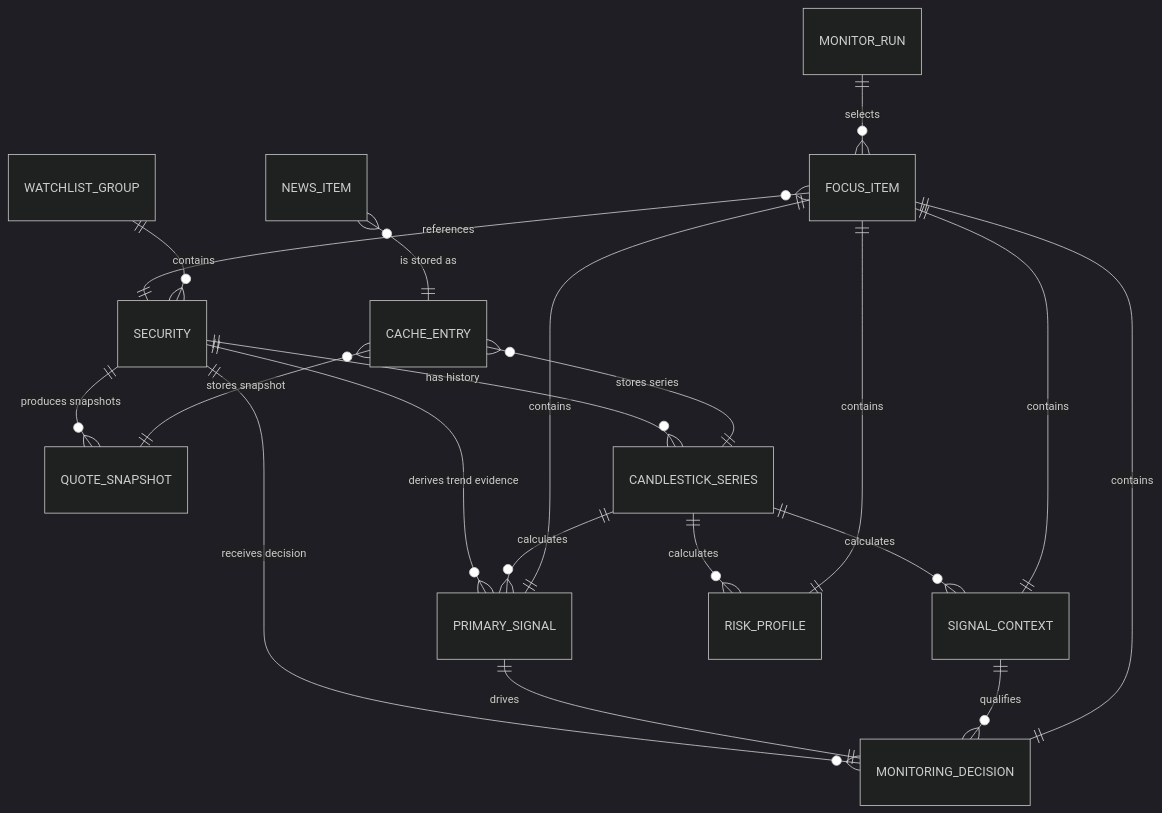
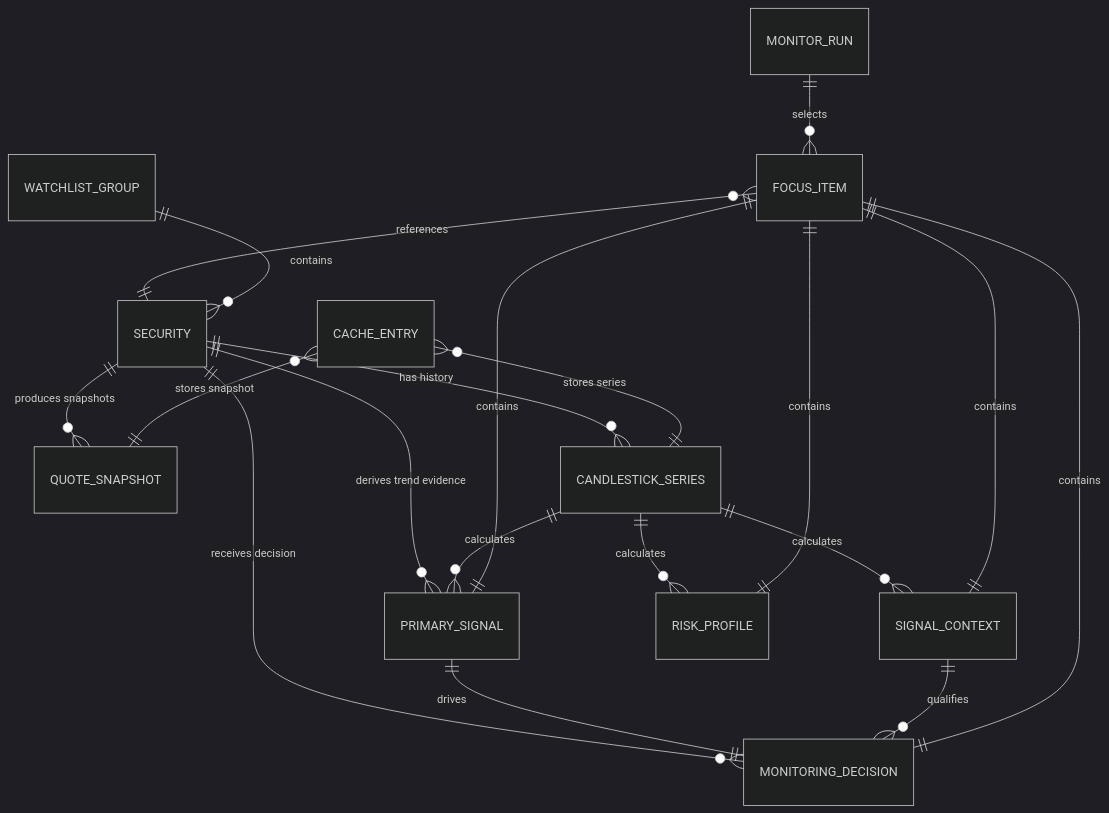
Before and after one commit to zhuxining/stk-cli: the diagram in docs/design/architecture.md, drawn with Mermaid (dark theme). The commit also changed other lines of this file and 11 other files, not shown here.

````diff
--- a/docs/design/architecture.md
+++ b/docs/design/architecture.md
@@ -122,22 +121,21 @@
 ```mermaid
 erDiagram
     SECURITY ||--o{ QUOTE_SNAPSHOT : "produces snapshots"
     SECURITY ||--o{ CANDLESTICK_SERIES : "has history"
     SECURITY ||--o{ PRIMARY_SIGNAL : "derives trend evidence"
     SECURITY ||--o{ MONITORING_DECISION : "receives decision"
     CANDLESTICK_SERIES ||--o{ PRIMARY_SIGNAL : "calculates"
     CANDLESTICK_SERIES ||--o{ SIGNAL_CONTEXT : "calculates"
     CANDLESTICK_SERIES ||--o{ RISK_PROFILE : "calculates"
     PRIMARY_SIGNAL ||--|| MONITORING_DECISION : "drives"
     SIGNAL_CONTEXT ||--o{ MONITORING_DECISION : "qualifies"
     MONITOR_RUN ||--o{ FOCUS_ITEM : "selects"
     FOCUS_ITEM }o--|| SECURITY : "references"
     FOCUS_ITEM ||--|| MONITORING_DECISION : "contains"
     FOCUS_ITEM ||--|| PRIMARY_SIGNAL : "contains"
     FOCUS_ITEM ||--|| SIGNAL_CONTEXT : "contains"
     FOCUS_ITEM ||--|| RISK_PROFILE : "contains"
     WATCHLIST_GROUP ||--o{ SECURITY : "contains"
     CACHE_ENTRY }o--|| QUOTE_SNAPSHOT : "stores snapshot"
     CACHE_ENTRY }o--|| CANDLESTICK_SERIES : "stores series"
-    NEWS_ITEM }o--|| CACHE_ENTRY : "is stored as"
 ```
````
